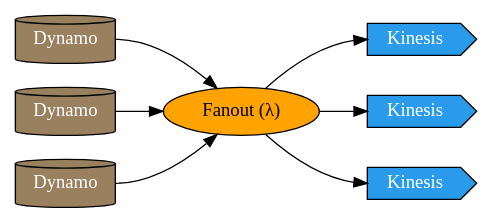
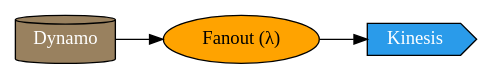
Before and after one commit to jasonsites/dynamo-fanout: the diagram in architecture.dot, drawn with Graphviz. The commit also changed 9 other files, not shown here.

```diff
--- a/architecture.dot
+++ b/architecture.dot
@@ -1,23 +1,12 @@
 digraph architecture {
   rankdir="LR"
 
-  dynamo1 [label="Dynamo" shape="cylinder" fillcolor="#99815f", fontcolor="#ffffff", style="filled"]
-  dynamo2 [label="Dynamo" shape="cylinder" fillcolor="#99815f", fontcolor="#ffffff", style="filled"]
-  dynamo3 [label="Dynamo" shape="cylinder" fillcolor="#99815f", fontcolor="#ffffff", style="filled"]
+  dynamo [label="Dynamo" shape="cylinder" fillcolor="#99815f", fontcolor="#ffffff", style="filled"]
 
   fanout [label="Fanout (λ)" shape="ellipse" fillcolor="#ffa300", style="filled"]
 
-  kinesis1 [label="Kinesis   " shape="cds" fillcolor="#2a9bea", fontcolor="#ffffff", style="filled"]
-  kinesis2 [label="Kinesis   " shape="cds" fillcolor="#2a9bea", fontcolor="#ffffff", style="filled"]
-  kinesis3 [label="Kinesis   " shape="cds" fillcolor="#2a9bea", fontcolor="#ffffff", style="filled"]
+  kinesis [label="Kinesis   " shape="cds" fillcolor="#2a9bea", fontcolor="#ffffff", style="filled"]
 
-  dynamo1 -> fanout [tailport="e"]
-  dynamo2 -> fanout [tailport="e"]
-  dynamo3 -> fanout [tailport="e"]
-  fanout -> kinesis1 [headport="w"]
-  fanout -> kinesis2 [headport="w"]
-  fanout -> kinesis3 [headport="w"]
-
-  {rank=same dynamo1 dynamo2 dynamo3}
-  {rank=same kinesis1 kinesis2 kinesis3}
+  dynamo -> fanout [tailport="e"]
+  fanout -> kinesis [headport="w"]
 }
```
